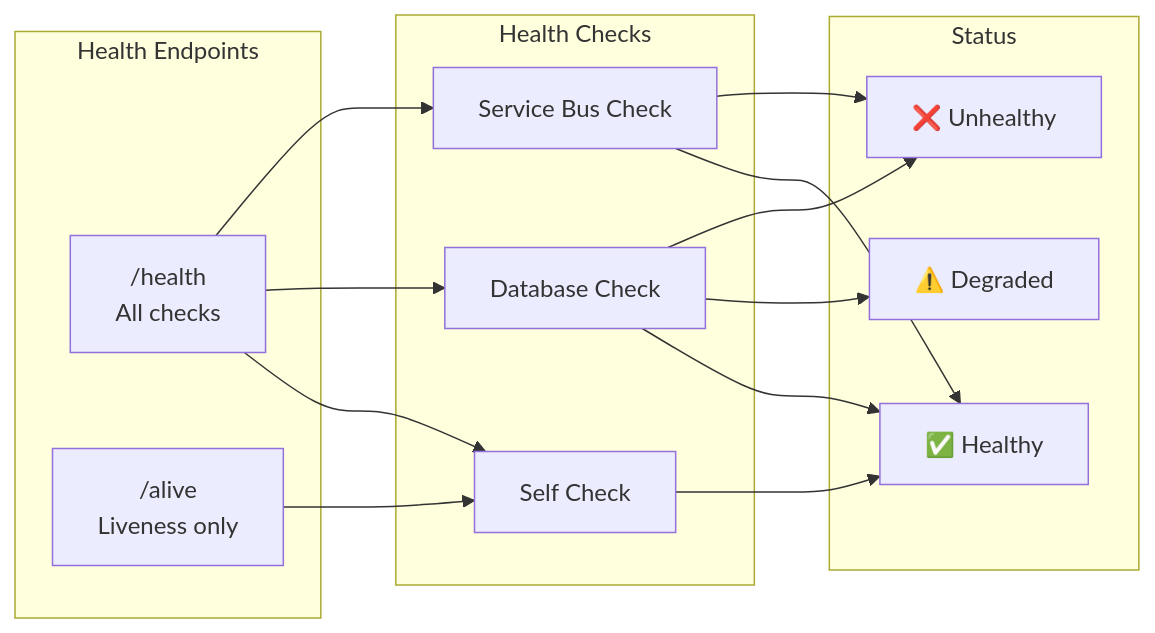
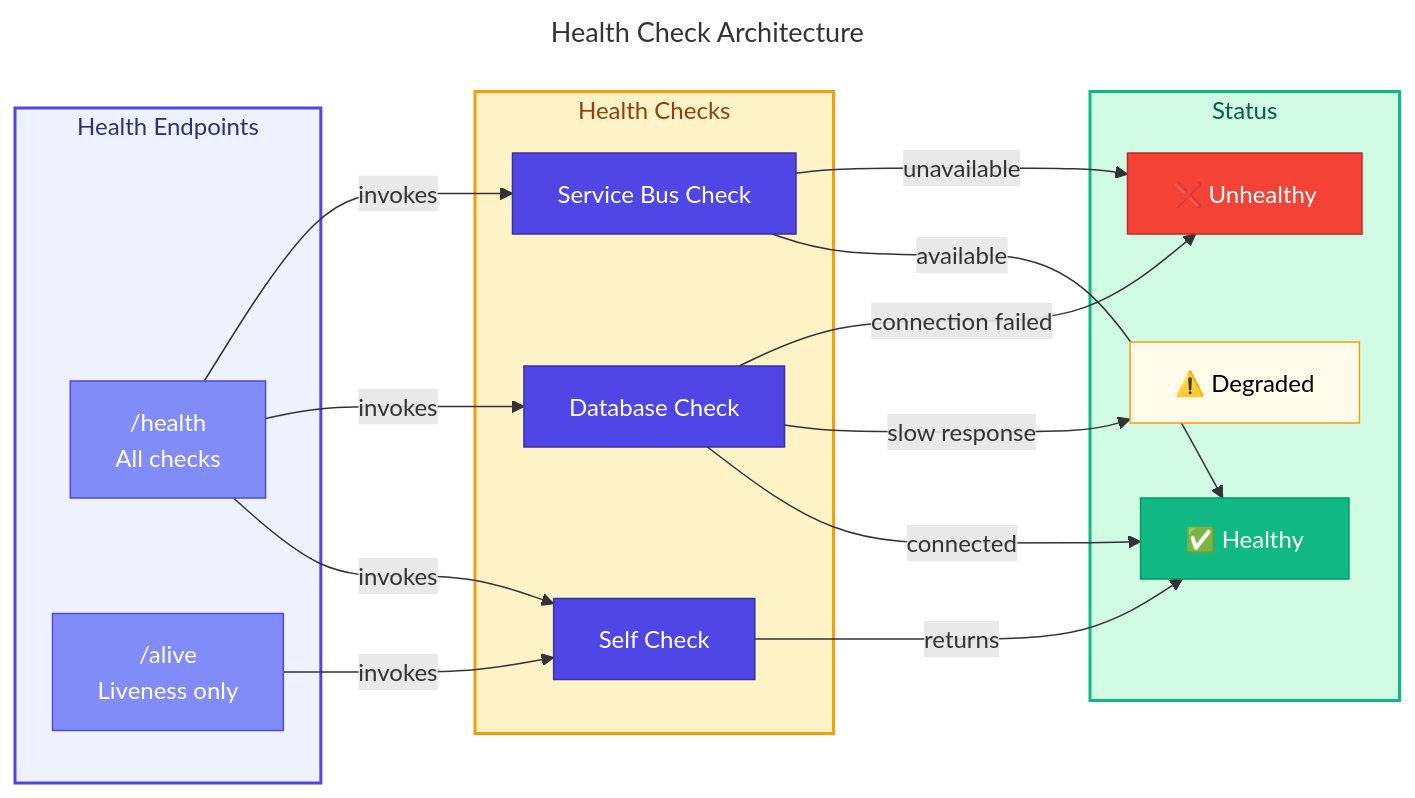
Before and after one commit to Evilazaro/Azure-LogicApps-Monitoring: the third of 3 diagrams in docs/architecture/05-observability-architecture.md, drawn with Mermaid. The commit also changed other lines of this file, not shown here.

Commit message:
docs: Enhance mermaid diagrams in observability architecture with titles and improved styling for better clarity and organization

````diff
--- a/docs/architecture/05-observability-architecture.md
+++ b/docs/architecture/05-observability-architecture.md
@@ -399,27 +452,57 @@
 ```mermaid
+---
+title: Health Check Architecture
+---
 flowchart LR
-    %% Health Check Architecture - Endpoint and check relationships
+    %% ===== CLASS DEFINITIONS =====
+    classDef primary fill:#4F46E5,stroke:#3730A3,color:#FFFFFF
+    classDef secondary fill:#10B981,stroke:#059669,color:#FFFFFF
+    classDef datastore fill:#F59E0B,stroke:#D97706,color:#000000
+    classDef external fill:#6B7280,stroke:#4B5563,color:#FFFFFF,stroke-dasharray: 5 5
+    classDef failed fill:#F44336,stroke:#C62828,color:#FFFFFF
+    classDef trigger fill:#818CF8,stroke:#4F46E5,color:#FFFFFF
+    classDef decision fill:#FFFBEB,stroke:#F59E0B,color:#000000
+    classDef input fill:#F3F4F6,stroke:#6B7280,color:#000000
+
+    %% ===== ENDPOINTS SUBGRAPH =====
     subgraph Endpoints["Health Endpoints"]
         Health["/health<br/>All checks"]
         Alive["/alive<br/>Liveness only"]
     end
+    style Endpoints fill:#EEF2FF,stroke:#4F46E5,stroke-width:2px,color:#312E81
 
+    %% ===== CHECKS SUBGRAPH =====
     subgraph Checks["Health Checks"]
         Self["Self Check"]
         DB["Database Check"]
         SB["Service Bus Check"]
     end
+    style Checks fill:#FEF3C7,stroke:#F59E0B,stroke-width:2px,color:#92400E
 
+    %% ===== STATUS SUBGRAPH =====
     subgraph Status["Status"]
         Healthy["✅ Healthy"]
         Degraded["⚠️ Degraded"]
         Unhealthy["❌ Unhealthy"]
     end
+    style Status fill:#D1FAE5,stroke:#10B981,stroke-width:2px,color:#065F46
 
-    %% Check relationships
-    Health --> Self & DB & SB
-    Alive --> Self
-    Self --> Healthy
-    DB --> Healthy & Degraded & Unhealthy
-    SB --> Healthy & Unhealthy
+    %% ===== CHECK RELATIONSHIPS =====
+    Health -->|"invokes"| Self
+    Health -->|"invokes"| DB
+    Health -->|"invokes"| SB
+    Alive -->|"invokes"| Self
+    Self -->|"returns"| Healthy
+    DB -->|"connected"| Healthy
+    DB -->|"slow response"| Degraded
+    DB -->|"connection failed"| Unhealthy
+    SB -->|"available"| Healthy
+    SB -->|"unavailable"| Unhealthy
+
+    %% ===== NODE STYLING =====
+    class Health,Alive trigger
+    class Self,DB,SB primary
+    class Healthy secondary
+    class Degraded decision
+    class Unhealthy failed
 ```
````
